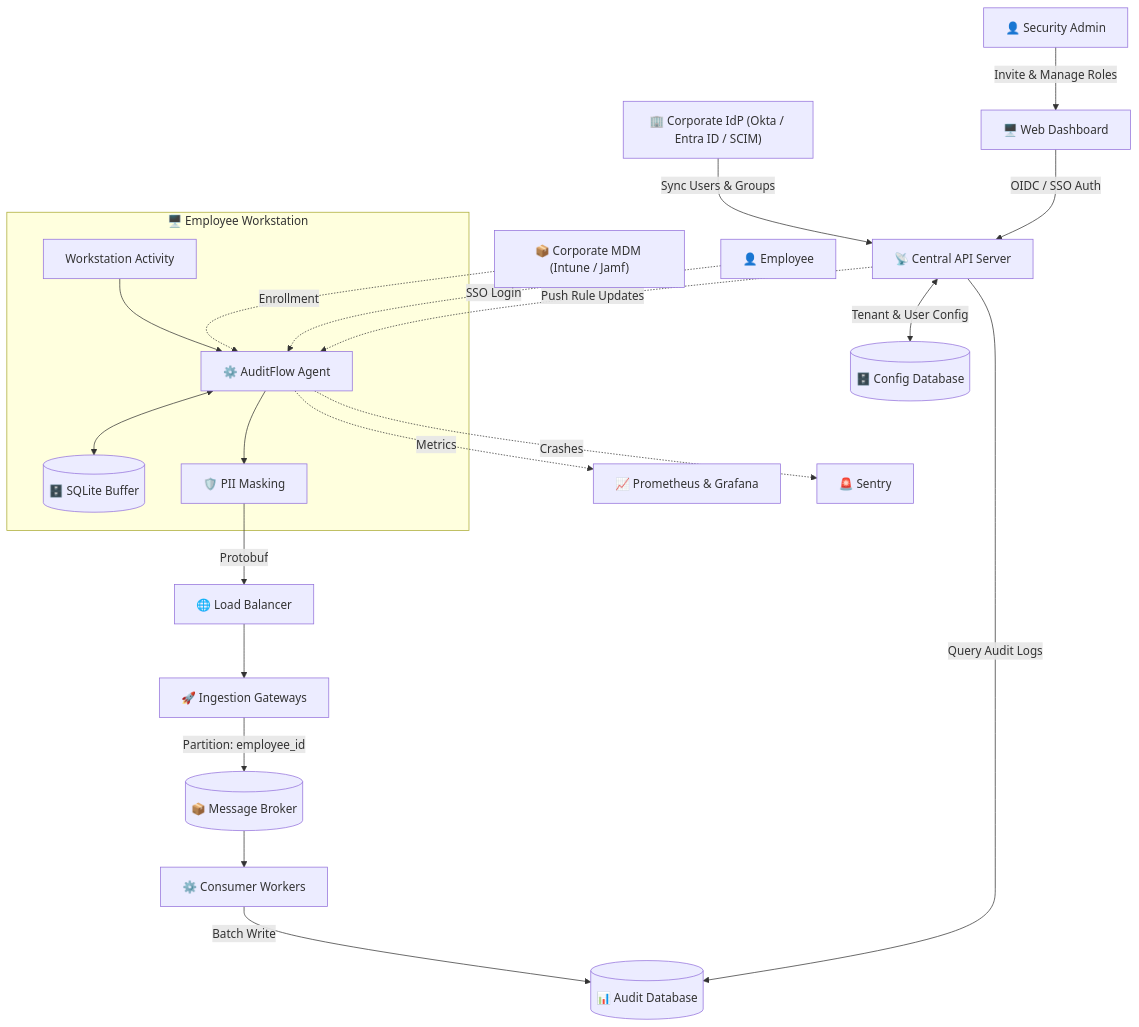
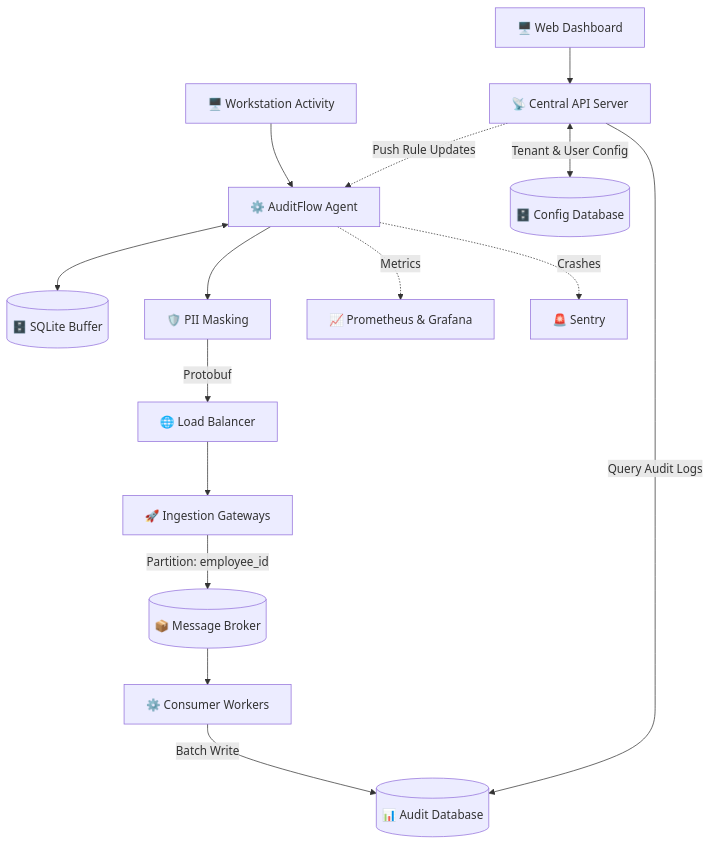
The first of 2 diagrams in TODO.md (jiva-studio/auditflow), drawn with Mermaid before and after one commit. The commit also changed other lines of this file, not shown here.

Commit message:
docs: simplify auth and employee identification in TODO.md

````diff
--- a/TODO.md
+++ b/TODO.md
@@ -9,29 +9,21 @@
 ```mermaid
 flowchart TD
-    IdP["🏢 Corporate IdP (Okta / Entra ID / SCIM)"] -->|"Sync Users & Groups"| API["📡 Central API Server"]
-    Admin["👤 Security Admin"] -->|"Invite & Manage Roles"| Dashboard["🖥️ Web Dashboard"]
-    Dashboard -->|"OIDC / SSO Auth"| API
-    
-    subgraph Workstation["🖥️ Employee Workstation"]
-        Activity["Workstation Activity"] --> Agent["⚙️ AuditFlow Agent"]
-        Agent <--> SQLite[("🗄️ SQLite Buffer")]
-        Agent --> Sanitizer["🛡️ PII Masking"]
-    end
-    
-    MDM["📦 Corporate MDM (Intune / Jamf)"] -.->|"Enrollment"| Agent
-    Employee["👤 Employee"] -.->|"SSO Login"| Agent
+    Activity["🖥️ Workstation Activity"] --> Agent["⚙️ AuditFlow Agent"]
+    Agent <--> SQLite[("🗄️ SQLite Buffer")]
+    Agent --> Sanitizer["🛡️ PII Masking"]
     
     Sanitizer -->|"Protobuf"| LB["🌐 Load Balancer"]
     LB --> Ingest["🚀 Ingestion Gateways"]
     Ingest -->|"Partition: employee_id"| Broker[("📦 Message Broker")]
     
     Broker --> Consumer["⚙️ Consumer Workers"]
     Consumer -->|"Batch Write"| AuditDB[("📊 Audit Database")]
     
+    Dashboard["🖥️ Web Dashboard"] --> API["📡 Central API Server"]
     API -->|"Query Audit Logs"| AuditDB
     API <-->|"Tenant & User Config"| ConfigDB[("🗄️ Config Database")]
     API -.->|"Push Rule Updates"| Agent
     
     Agent -.->|"Metrics"| Prometheus["📈 Prometheus & Grafana"]
     Agent -.->|"Crashes"| Sentry["🚨 Sentry"]
 ```
````
